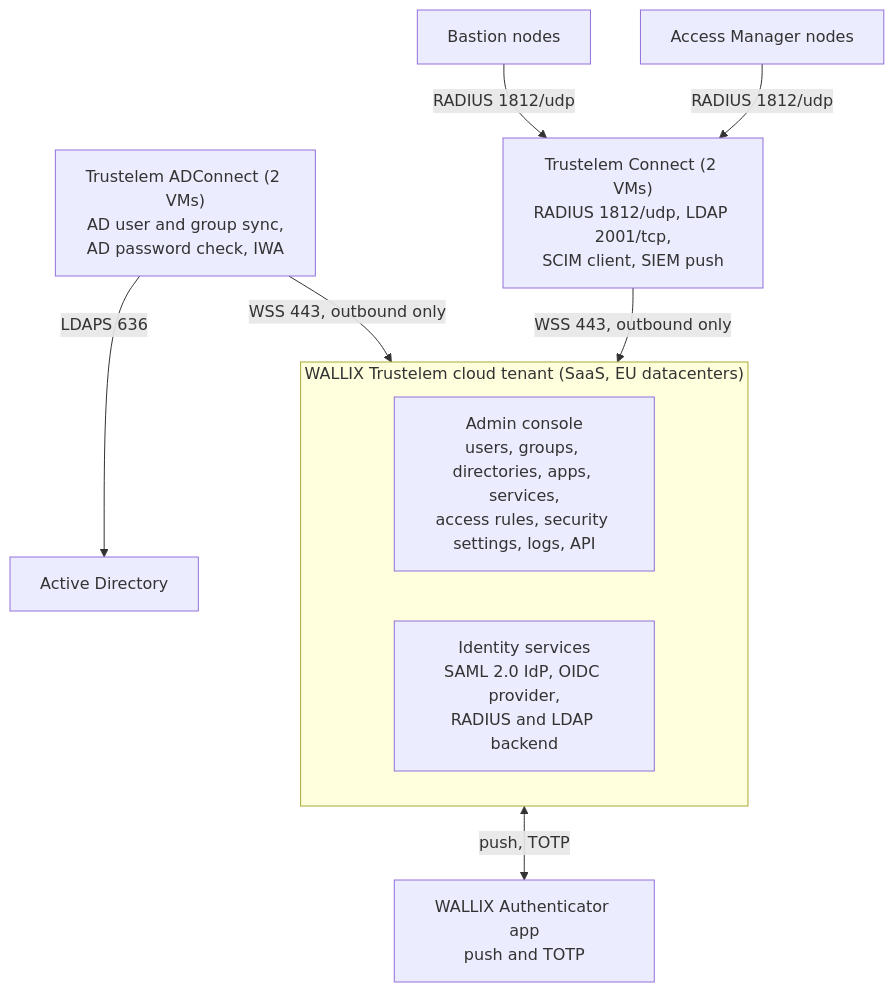
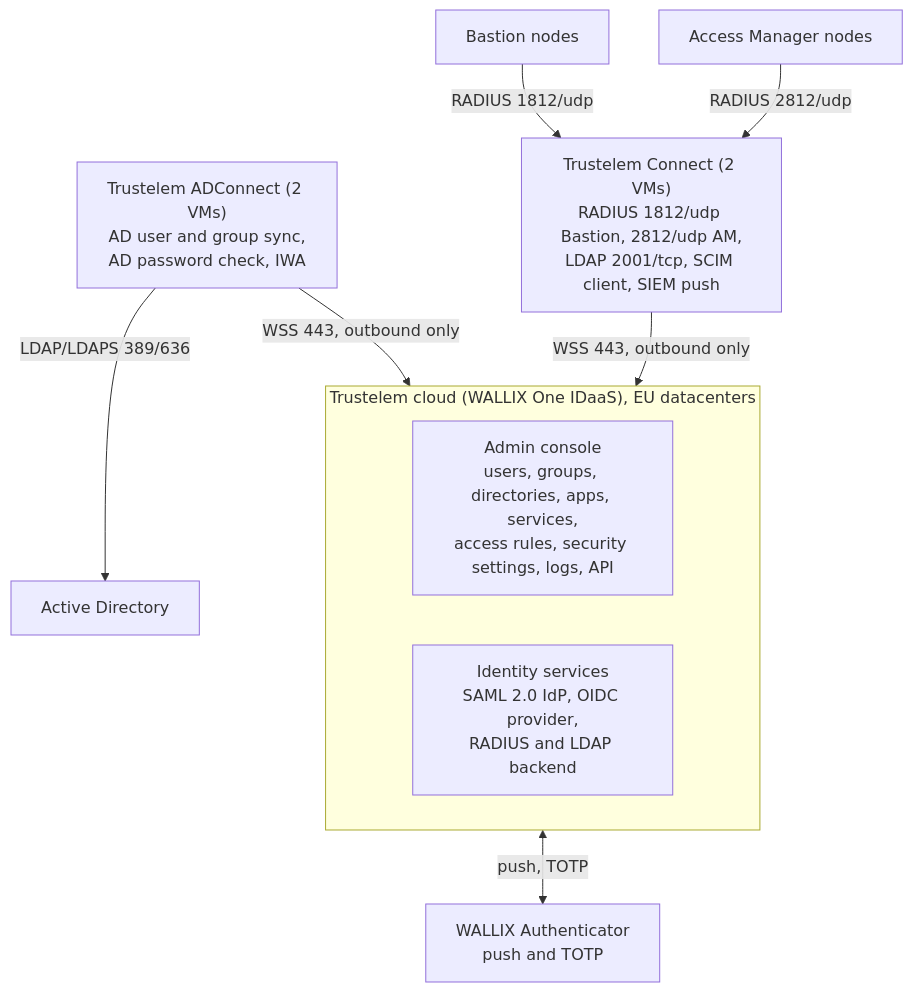
The diagram in README.md (morandeirachema/Trustelem-), drawn with Mermaid before and after one commit. The commit also changed 19 other files, not shown here.

Commit message:
Audit pass 2: diagrams synced with text, AM RADIUS listener 2812, Authentication domain name rule, gap B7

````diff
--- a/README.md
+++ b/README.md
@@ -42,20 +42,20 @@
 ```mermaid
 flowchart TB
-    subgraph CLOUD["WALLIX Trustelem cloud tenant (SaaS, EU datacenters)"]
+    subgraph CLOUD["Trustelem cloud (WALLIX One IDaaS), EU datacenters"]
         direction LR
         CONSOLE["Admin console<br/>users, groups, directories, apps, services,<br/>access rules, security settings, logs, API"]
         SVC["Identity services<br/>SAML 2.0 IdP, OIDC provider,<br/>RADIUS and LDAP backend"]
     end
-    APP["WALLIX Authenticator app<br/>push and TOTP"]
+    APP["WALLIX Authenticator<br/>push and TOTP"]
     ADC["Trustelem ADConnect (2 VMs)<br/>AD user and group sync,<br/>AD password check, IWA"]
-    TC["Trustelem Connect (2 VMs)<br/>RADIUS 1812/udp, LDAP 2001/tcp,<br/>SCIM client, SIEM push"]
+    TC["Trustelem Connect (2 VMs)<br/>RADIUS 1812/udp Bastion, 2812/udp AM,<br/>LDAP 2001/tcp, SCIM client, SIEM push"]
     AD["Active Directory"]
     BAST["Bastion nodes"]
     AM["Access Manager nodes"]
     SVC <-->|push, TOTP| APP
     ADC -->|WSS 443, outbound only| SVC
     TC -->|WSS 443, outbound only| SVC
-    ADC -->|LDAPS 636| AD
+    ADC -->|LDAP/LDAPS 389/636| AD
     BAST -->|RADIUS 1812/udp| TC
-    AM -->|RADIUS 1812/udp| TC
+    AM -->|RADIUS 2812/udp| TC
 ```
````
